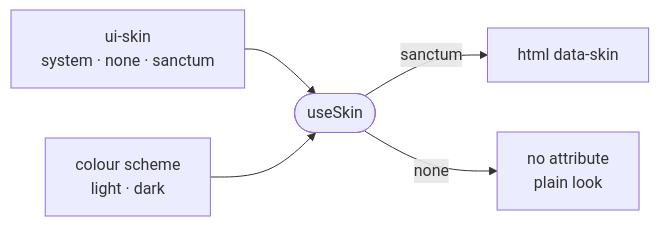
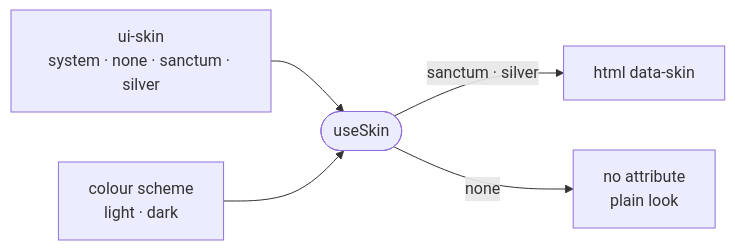
Before and after one commit to intentic/intentic: the diagram in _editor/web/src/skins/README.md, drawn with Mermaid. The commit also changed other lines of this file and 33 other files, not shown here.

First line of the commit message:
feat(ui): add Silver skin to appearance settings

````diff
--- a/_editor/web/src/skins/README.md
+++ b/_editor/web/src/skins/README.md
@@ -5,7 +5,7 @@
 ```mermaid
 flowchart LR
-    choice["ui-skin<br/>system · none · sanctum"] --> skin(["useSkin"])
+    choice["ui-skin<br/>system · none · sanctum · silver"] --> skin(["useSkin"])
     scheme["colour scheme<br/>light · dark"] --> skin
-    skin -->|"sanctum"| attr["html data-skin"]
+    skin -->|"sanctum · silver"| attr["html data-skin"]
     skin -->|"none"| plain["no attribute<br/>plain look"]
 ```
````
